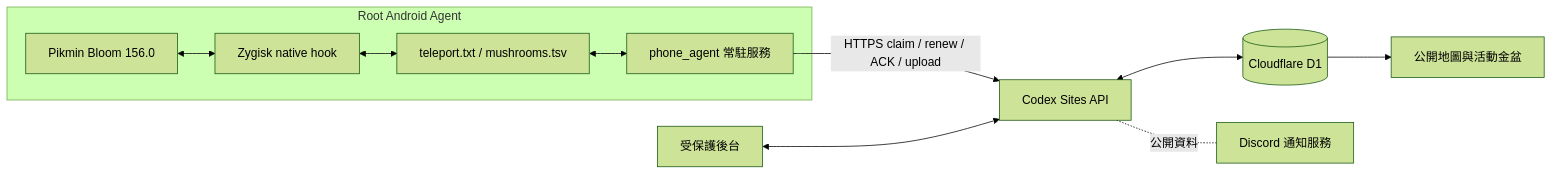
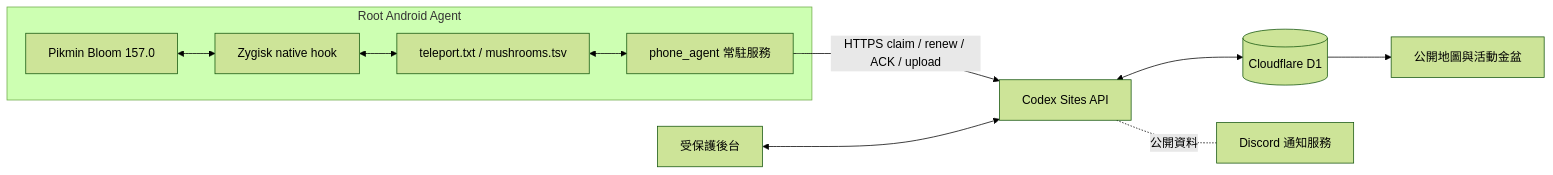
The diagram in README.md (odyliao-lab/pikmin-mush), drawn with Mermaid (forest theme) before and after one commit. The commit also changed other lines of this file and 2 other files, not shown here.

````diff
--- a/README.md
+++ b/README.md
@@ -71,13 +71,13 @@
 ```mermaid
 flowchart LR
   subgraph Android[Root Android Agent]
-    Game[Pikmin Bloom 156.0] <--> Hook[Zygisk native hook]
+    Game[Pikmin Bloom 157.0] <--> Hook[Zygisk native hook]
     Hook <--> Files[teleport.txt / mushrooms.tsv]
     Files <--> Agent[phone_agent 常駐服務]
   end
   Agent -->|HTTPS claim / renew / ACK / upload| API[Codex Sites API]
   API <--> D1[(Cloudflare D1)]
   D1 --> Public[公開地圖與活動金盆]
   Admin[受保護後台] <--> API
   API -.公開資料.- Discord[Discord 通知服務]
 ```
````
